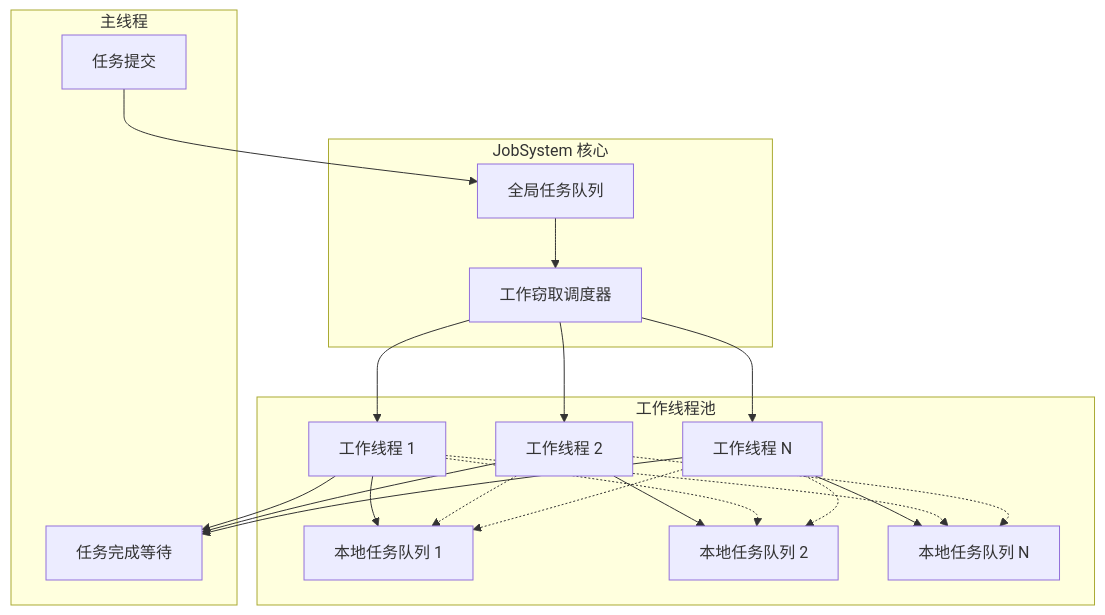
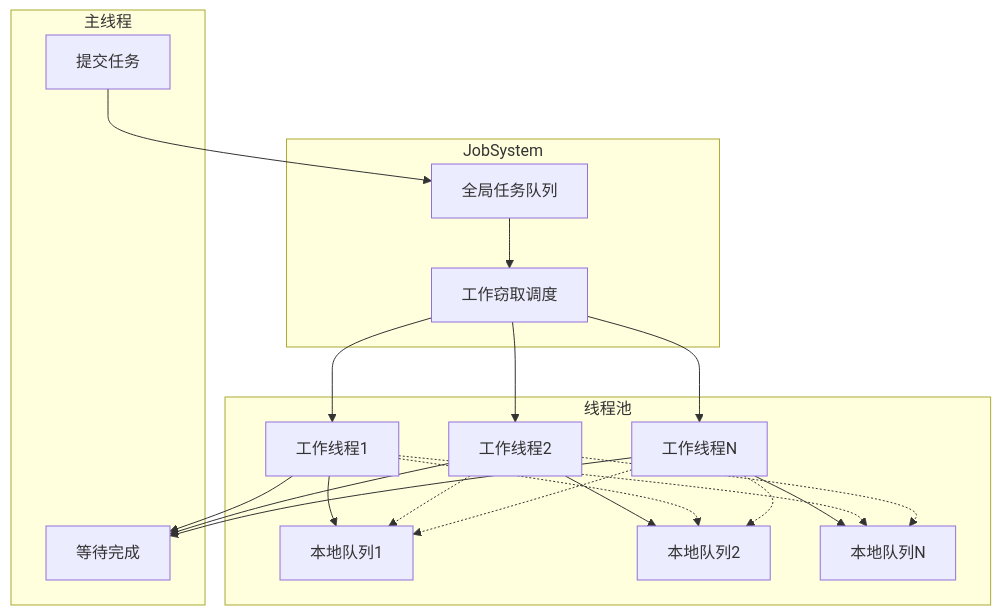
One commit to NGLSG/Luma changed the tenth of 11 diagrams in ARCHITECTURE.md. Above: the diagram before and after it, drawn with Mermaid. The commit also changed other lines of this file and 27 other files, not shown here.

````diff
--- a/ARCHITECTURE.md
+++ b/ARCHITECTURE.md
@@ -266,26 +242,39 @@
 ```mermaid
 graph TD
     subgraph "主线程"
-        A[任务提交]
-        B[任务完成等待]
+        A[提交任务]
+        B[等待完成]
     end
 
-    subgraph "JobSystem 核心"
+    subgraph "JobSystem"
         C[全局任务队列]
-        D[工作窃取调度器]
+        D[工作窃取调度]
     end
 
-    subgraph "工作线程池"
-        E[工作线程 1]
-        F[工作线程 2]
-        G[工作线程 N]
-        H[本地任务队列 1]
-        I[本地任务队列 2]
-        J[本地任务队列 N]
+    subgraph "线程池"
+        E[工作线程1]
+        F[工作线程2]
+        G[工作线程N]
+        H[本地队列1]
+        I[本地队列2]
+        J[本地队列N]
     end
 
-    A --> C; C --> D; D --> E; D --> F; D --> G;
-    E --> H; F --> I; G --> J;
-    E -.-> I; E -.-> J; F -.-> H; F -.-> J; G -.-> H; G -.-> I;
-    E --> B; F --> B; G --> B
+    A --> C
+    C --> D
+    D --> E
+    D --> F
+    D --> G
+    E --> H
+    F --> I
+    G --> J
+    E -.-> I
+    E -.-> J
+    F -.-> H
+    F -.-> J
+    G -.-> H
+    G -.-> I
+    E --> B
+    F --> B
+    G --> B
 ```
````
